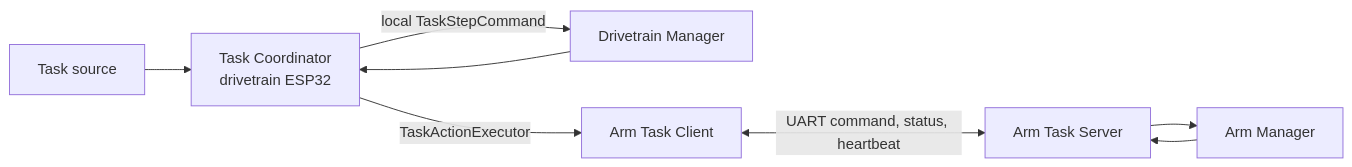
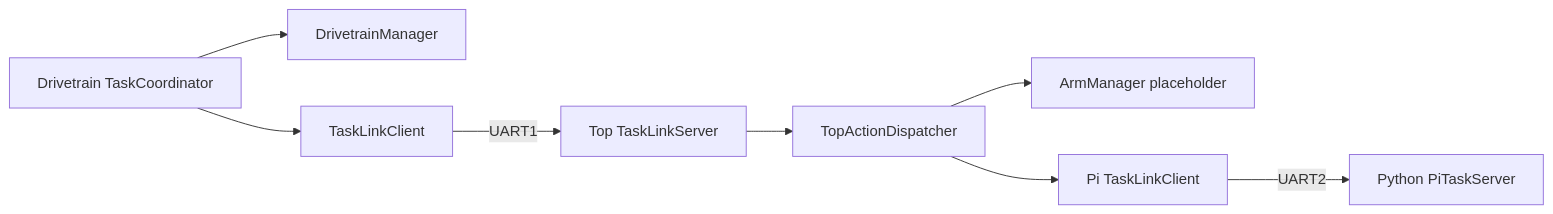
The diagram in Robot/firmware/docs/TASK_SYSTEM_ARCHITECTURE.md (J1m1-P/Robot-Summer-Team-5), drawn with Mermaid before and after one commit. The commit also changed other lines of this file and 123 other files, not shown here.

Commit message:
Integrate robot manager and drivetrain updates

````diff
--- a/Robot/firmware/docs/TASK_SYSTEM_ARCHITECTURE.md
+++ b/Robot/firmware/docs/TASK_SYSTEM_ARCHITECTURE.md
@@ -29,10 +25,10 @@
 ```mermaid
 flowchart LR
-    Source[Task source] --> Coordinator[Task Coordinator\ndrivetrain ESP32]
-    Coordinator -->|local TaskStepCommand| Drive[Drivetrain Manager]
-    Coordinator -->|TaskActionExecutor| Client[Arm Task Client]
-    Client <-->|UART command, status, heartbeat| Server[Arm Task Server]
-    Server --> Arm[Arm Manager]
-    Drive --> Coordinator
-    Arm --> Server
+    TC[Drivetrain TaskCoordinator] --> DM[DrivetrainManager]
+    TC --> DC[TaskLinkClient]
+    DC -->|UART1| TS[Top TaskLinkServer]
+    TS --> TD[TopActionDispatcher]
+    TD --> AM[ArmManager placeholder]
+    TD --> PC[Pi TaskLinkClient]
+    PC -->|UART2| PI[Python PiTaskServer]
 ```
````
